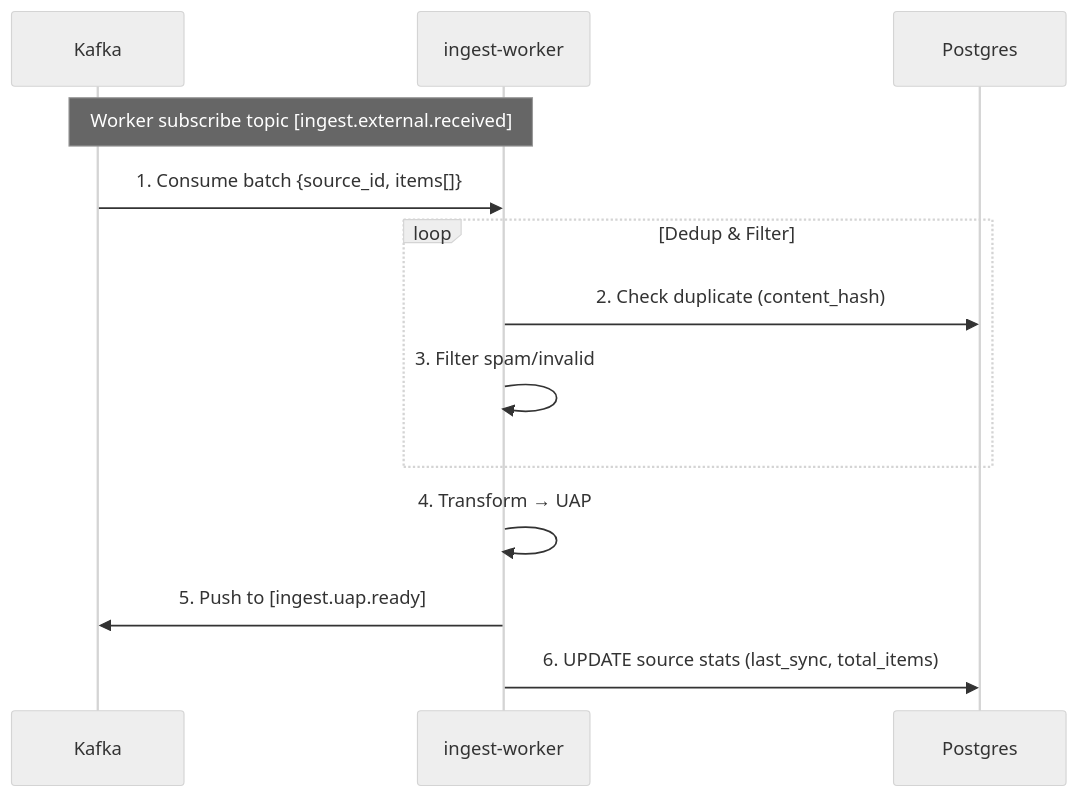
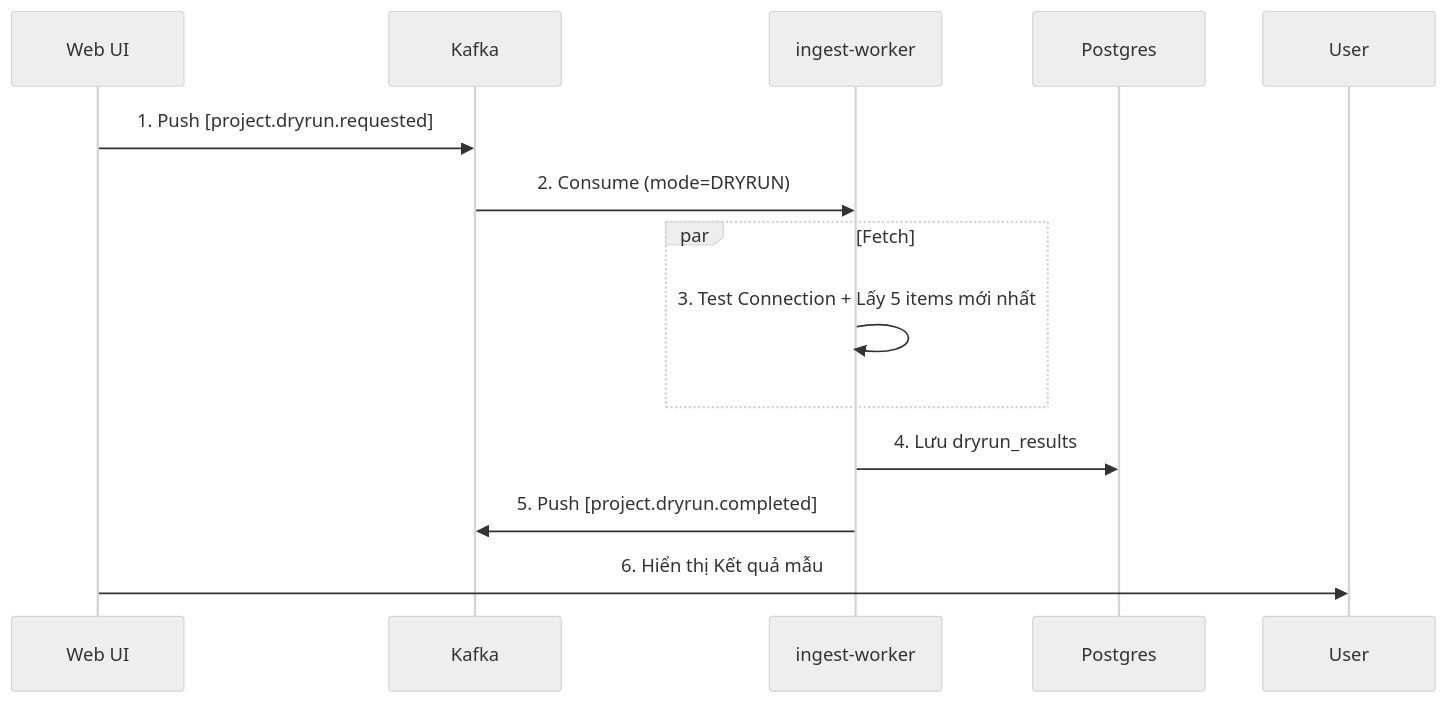
One commit to smap-hcmut/report changed the fifth of 8 diagrams in documents/dataflow-detailed.md. Above: the diagram before and after it, drawn with Mermaid (neutral theme). The commit also changed other lines of this file and 1 other file, not shown here.

Commit message:
feat: Update data flow to v3.0, introduce new Auth and Analytics services, and implement the Campaign-Project-DataSource hierarchy.

````diff
--- a/documents/dataflow-detailed.md
+++ b/documents/dataflow-detailed.md
@@ -682,18 +186,18 @@
 ```mermaid
 sequenceDiagram
+    participant UI as Web UI
     participant Kafka as Kafka
     participant Worker as ingest-worker
     participant DB as Postgres
 
-    Note over Kafka, Worker: Worker subscribe topic [ingest.external.received]
-    Kafka->>Worker: 1. Consume batch {source_id, items[]}
+    UI->>Kafka: 1. Push [project.dryrun.requested]
+    Kafka->>Worker: 2. Consume (mode=DRYRUN)
 
-    loop Dedup & Filter
-        Worker->>DB: 2. Check duplicate (content_hash)
-        Worker->>Worker: 3. Filter spam/invalid
+    par Fetch
+        Worker->>Worker: 3. Test Connection + Lấy 5 items mới nhất
     end
 
-    Worker->>Worker: 4. Transform → UAP
-    Worker->>Kafka: 5. Push to [ingest.uap.ready]
-    Worker->>DB: 6. UPDATE source stats (last_sync, total_items)
+    Worker->>DB: 4. Lưu dryrun_results
+    Worker->>Kafka: 5. Push [project.dryrun.completed]
+    UI->>User: 6. Hiển thị Kết quả mẫu
 ```
````
